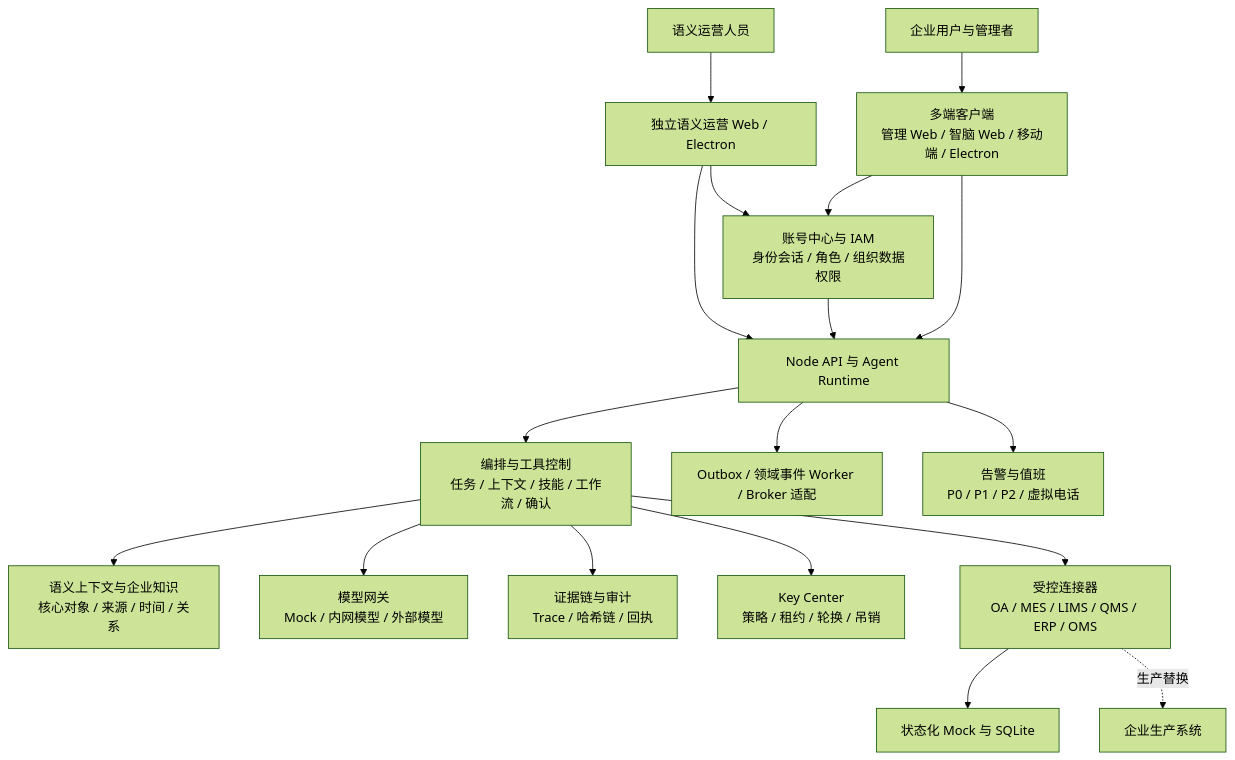
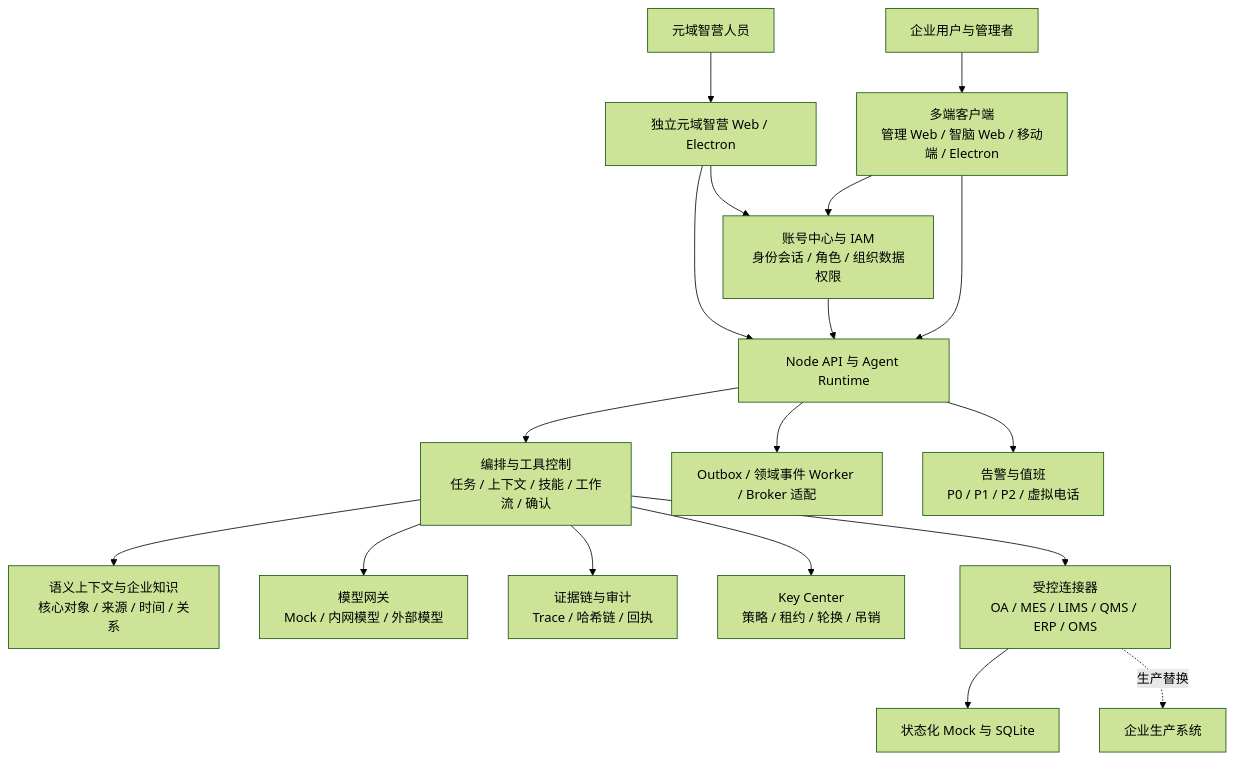
Before and after one commit to shulinw27-web/yuanyu-zhinao: the diagram in docs/overview/元域智脑-整体平台介绍说明-v1.0.md, drawn with Mermaid (forest theme). The commit also changed other lines of this file and 106 other files, not shown here.

````diff
--- a/docs/overview/元域智脑-整体平台介绍说明-v1.0.md
+++ b/docs/overview/元域智脑-整体平台介绍说明-v1.0.md
@@ -59,20 +59,20 @@
 ```mermaid
 flowchart TB
   U[企业用户与管理者] --> C[多端客户端\n管理 Web / 智脑 Web / 移动端 / Electron]
-  O[语义运营人员] --> S[独立语义运营 Web / Electron]
+  O[元域智营人员] --> S[独立元域智营 Web / Electron]
   S --> API
   S --> IAM
   C --> IAM[账号中心与 IAM\n身份会话 / 角色 / 组织数据权限]
   C --> API[Node API 与 Agent Runtime]
   IAM --> API
   API --> AG[编排与工具控制\n任务 / 上下文 / 技能 / 工作流 / 确认]
   AG --> SEM[语义上下文与企业知识\n核心对象 / 来源 / 时间 / 关系]
   AG --> MODEL[模型网关\nMock / 内网模型 / 外部模型]
   AG --> EVI[证据链与审计\nTrace / 哈希链 / 回执]
   AG --> KEY[Key Center\n策略 / 租约 / 轮换 / 吊销]
   AG --> CONN[受控连接器\nOA / MES / LIMS / QMS / ERP / OMS]
   CONN --> MOCK[状态化 Mock 与 SQLite]
   CONN -.生产替换.-> PROD[企业生产系统]
   API --> EVT[Outbox / 领域事件 Worker / Broker 适配]
   API --> ALERT[告警与值班\nP0 / P1 / P2 / 虚拟电话]
 ```
````
